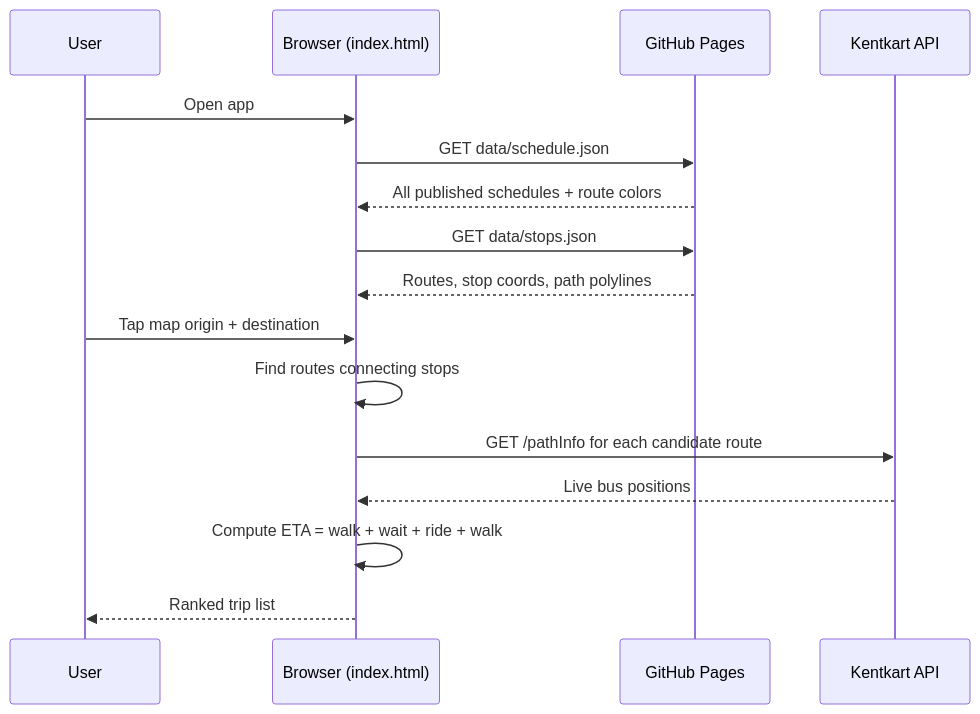
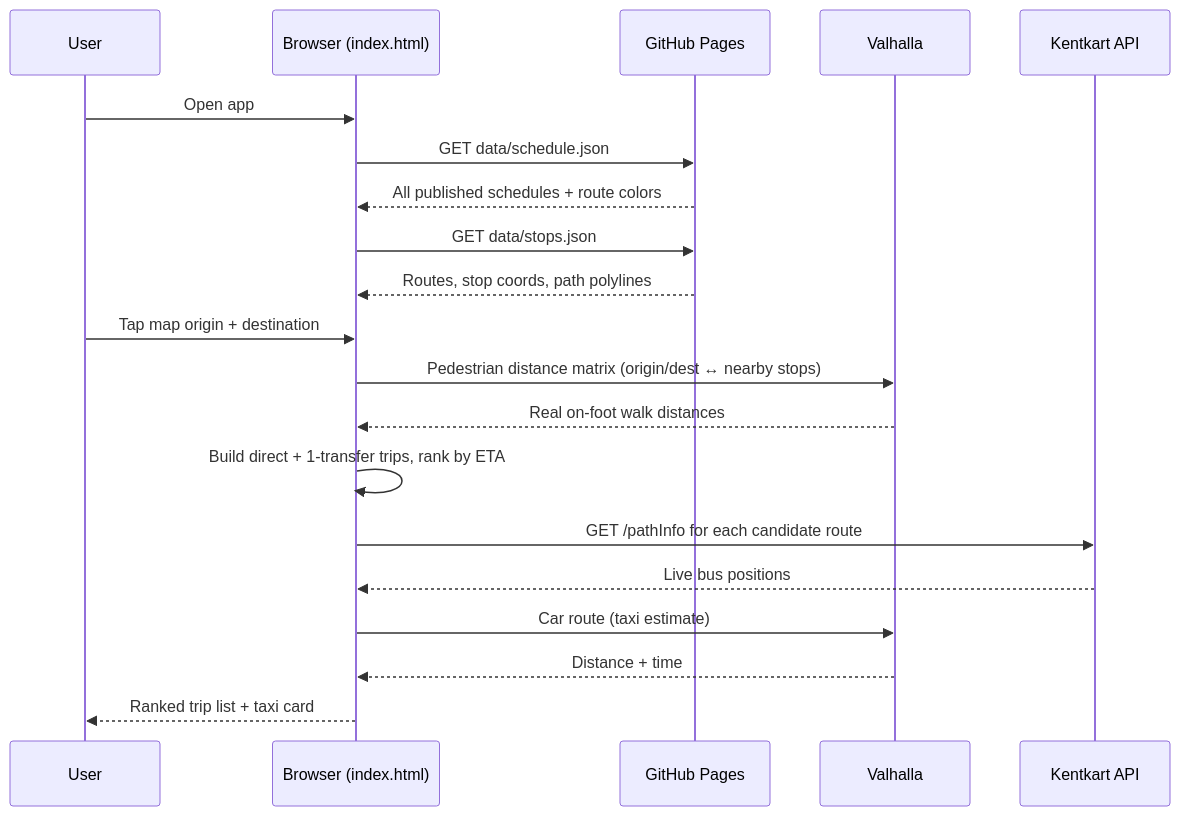
Before and after one commit to GamehunterKaan/kaangultekin.net: the first of 3 diagrams in _pages/projects/canakkale-hat-sefer.md, drawn with Mermaid. The commit also changed other lines of this file and 5 other files, not shown here.

```diff
--- a/_pages/projects/canakkale-hat-sefer.md
+++ b/_pages/projects/canakkale-hat-sefer.md
@@ -111,20 +133,24 @@
 <div class="mermaid">
 sequenceDiagram
     participant User
     participant Browser as Browser (index.html)
     participant GHPages as GitHub Pages
+    participant Valhalla as Valhalla
     participant Kentkart as Kentkart API
 
     User->>Browser: Open app
     Browser->>GHPages: GET data/schedule.json
     GHPages-->>Browser: All published schedules + route colors
     Browser->>GHPages: GET data/stops.json
     GHPages-->>Browser: Routes, stop coords, path polylines
 
     User->>Browser: Tap map origin + destination
-    Browser->>Browser: Find routes connecting stops
+    Browser->>Valhalla: Pedestrian distance matrix (origin/dest ↔ nearby stops)
+    Valhalla-->>Browser: Real on-foot walk distances
+    Browser->>Browser: Build direct + 1-transfer trips, rank by ETA
     Browser->>Kentkart: GET /pathInfo for each candidate route
     Kentkart-->>Browser: Live bus positions
-    Browser->>Browser: Compute ETA = walk + wait + ride + walk
-    Browser-->>User: Ranked trip list
+    Browser->>Valhalla: Car route (taxi estimate)
+    Valhalla-->>Browser: Distance + time
+    Browser-->>User: Ranked trip list + taxi card
 </div>
```
